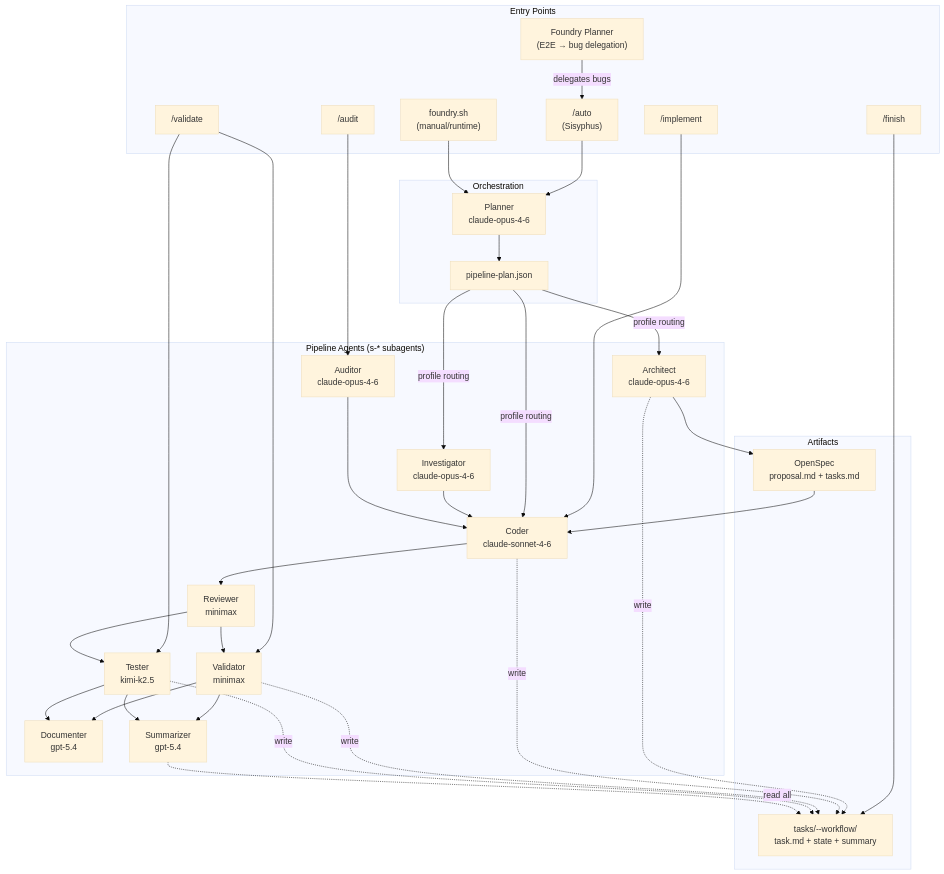
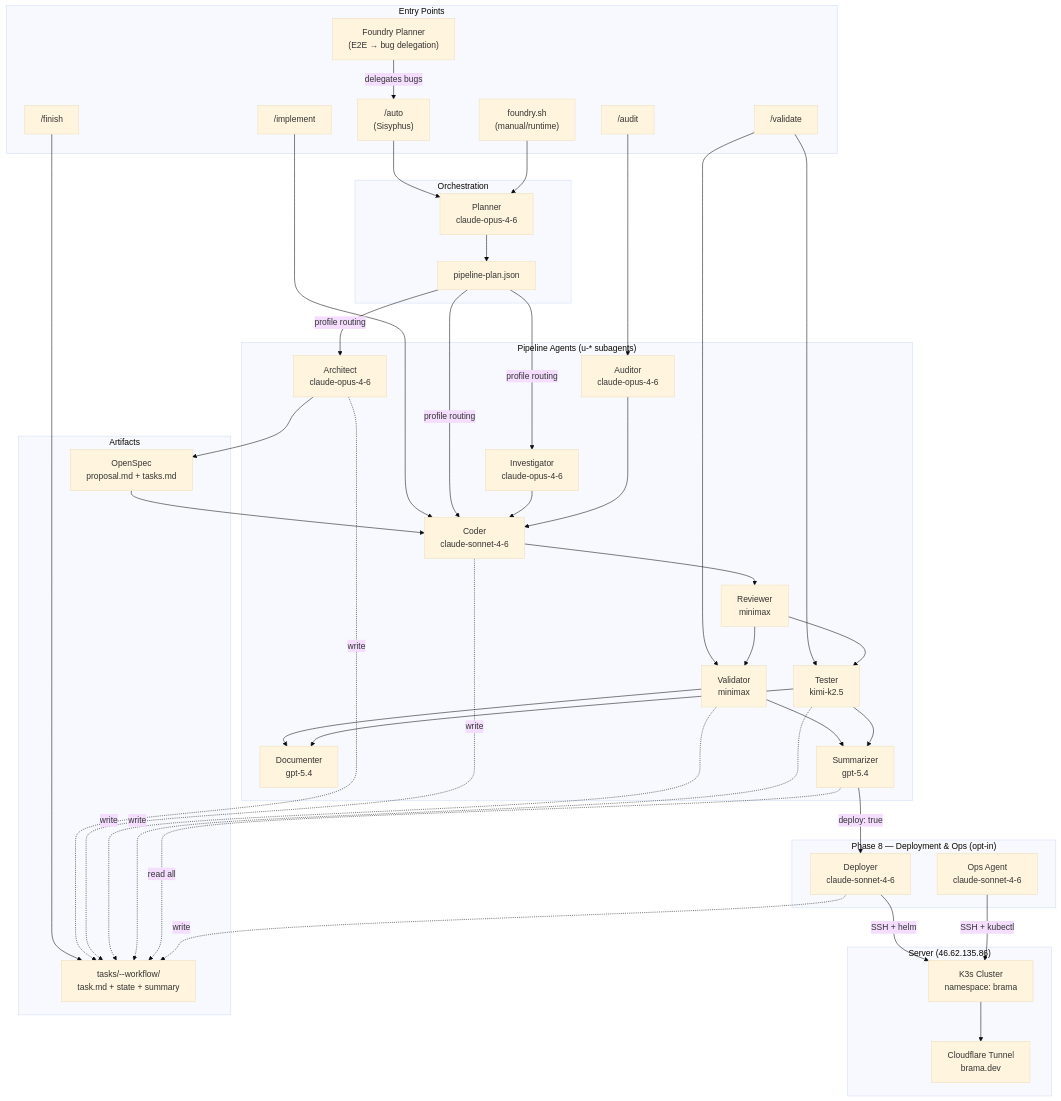
The first of 6 diagrams in docs/agent-development/en/workflow.md (brama-ai/workspace), drawn with Mermaid (base theme) before and after one commit. The commit also changed other lines of this file and 39 other files, not shown here.

First line of the commit message:
[pipeline:u-coder] # Task: Remove dev-agent

````diff
--- a/docs/agent-development/en/workflow.md
+++ b/docs/agent-development/en/workflow.md
@@ -38,60 +38,76 @@
 ```mermaid
 graph TB
     subgraph "Entry Points"
         CMD_AUTO["/auto<br/>(Sisyphus)"]
         CMD_PIPE["foundry.sh<br/>(manual/runtime)"]
         CMD_IMPL["/implement"]
         CMD_VAL["/validate"]
         CMD_AUDIT["/audit"]
         CMD_FINISH["/finish"]
         BP["Foundry Planner<br/>(E2E → bug delegation)"]
     end
 
     subgraph "Orchestration"
         PLANNER["Planner<br/>claude-opus-4-6"]
         PLAN_JSON["pipeline-plan.json"]
     end
 
-    subgraph "Pipeline Agents (s-* subagents)"
+    subgraph "Pipeline Agents (u-* subagents)"
         ARCH["Architect<br/>claude-opus-4-6"]
         CODER["Coder<br/>claude-sonnet-4-6"]
         REVIEWER["Reviewer<br/>minimax"]
         VAL["Validator<br/>minimax"]
         TEST["Tester<br/>kimi-k2.5"]
         AUDITOR["Auditor<br/>claude-opus-4-6"]
         DOC["Documenter<br/>gpt-5.4"]
         SUM["Summarizer<br/>gpt-5.4"]
         INV["Investigator<br/>claude-opus-4-6"]
+    end
+
+    subgraph "Phase 8 — Deployment & Ops (opt-in)"
+        DEPLOY["Deployer<br/>claude-sonnet-4-6"]
+        OPS["Ops Agent<br/>claude-sonnet-4-6"]
+    end
+
+    subgraph "Server (46.62.135.86)"
+        K3S["K3s Cluster<br/>namespace: brama"]
+        CF["Cloudflare Tunnel<br/>brama.dev"]
     end
 
     subgraph "Artifacts"
         TASKDIR["tasks/<slug>--workflow/<br/>task.md + state + summary"]
         SPEC["OpenSpec<br/>proposal.md + tasks.md"]
     end
 
     CMD_AUTO --> PLANNER
     CMD_PIPE --> PLANNER
     CMD_IMPL --> CODER
     CMD_VAL --> VAL & TEST
     CMD_AUDIT --> AUDITOR
     CMD_FINISH --> TASKDIR
     BP -->|delegates bugs| CMD_AUTO
 
     PLANNER --> PLAN_JSON
     PLAN_JSON -->|profile routing| ARCH & INV & CODER
 
     ARCH --> SPEC
     SPEC --> CODER
     INV --> CODER
     CODER --> REVIEWER
     REVIEWER --> VAL & TEST
     VAL --> DOC & SUM
     TEST --> DOC & SUM
     AUDITOR --> CODER
 
+    SUM -->|deploy: true| DEPLOY
+    DEPLOY -->|SSH + helm| K3S
+    OPS -->|SSH + kubectl| K3S
+    K3S --> CF
+
     ARCH -.->|write| TASKDIR
     CODER -.->|write| TASKDIR
     VAL -.->|write| TASKDIR
     TEST -.->|write| TASKDIR
     SUM -.->|read all| TASKDIR
+    DEPLOY -.->|write| TASKDIR
 ```
````
